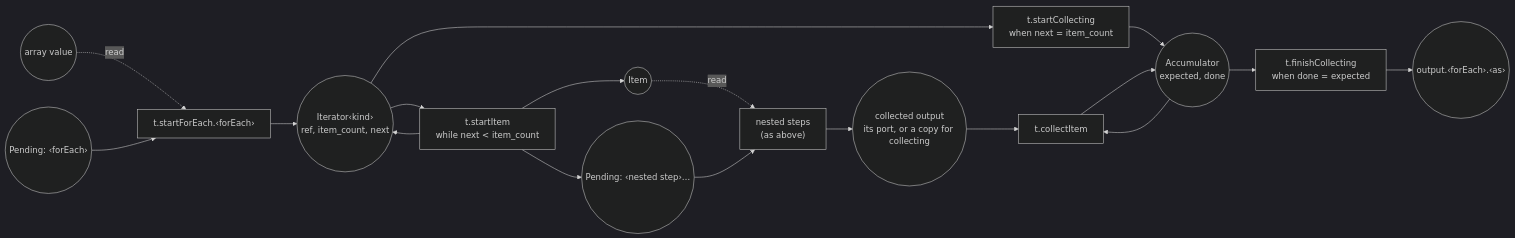
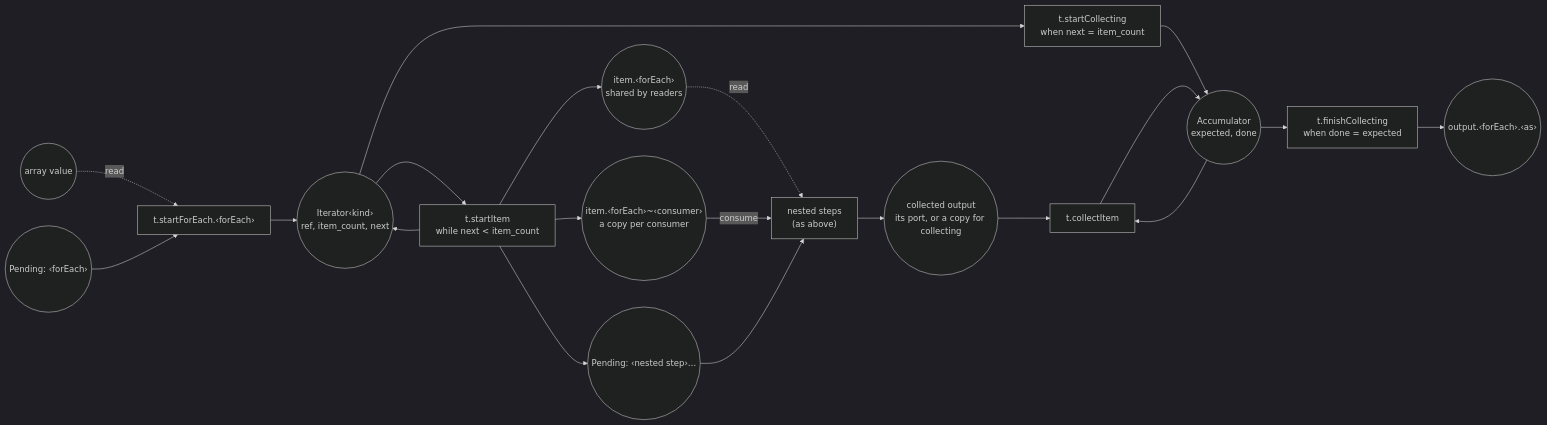
The third of 3 diagrams in libs/@local/flow-petri-net/README.md (hashintel/hash), drawn with Mermaid (dark theme) before and after one commit. The commit also changed other lines of this file and 6 other files, not shown here.

Commit message:
Give each step inside a for-each that consumes the item a copy of its own, as other values do, so two consumers don't race for one token

````diff
--- a/libs/@local/flow-petri-net/README.md
+++ b/libs/@local/flow-petri-net/README.md
@@ -88,20 +88,22 @@
 ```mermaid
 flowchart LR
   arrayPlace(("array value")) -. read .-> startForEach["t.startForEach.‹forEach›"]
   forEachPending(("Pending: ‹forEach›")) --> startForEach
   startForEach --> iterator(("Iterator‹kind›<br/>ref, item_count, next"))
   iterator --> startItem["t.startItem<br/>while next #lt; item_count"]
   startItem --> iterator
-  startItem --> item(("Item"))
+  startItem --> item(("item.‹forEach›<br/>shared by readers"))
+  startItem --> itemCopies(("item.‹forEach›~‹consumer›<br/>a copy per consumer"))
   startItem --> nestedPending(("Pending: ‹nested step›…"))
   iterator --> startCollecting["t.startCollecting<br/>when next = item_count"]
   startCollecting --> accumulator(("Accumulator<br/>expected, done"))
   item -. read .-> nested["nested steps<br/>(as above)"]
+  itemCopies -- consume --> nested
   nestedPending --> nested
   nested --> collected(("collected output<br/>its port, or a copy for collecting"))
   collected --> collectItem["t.collectItem"]
   accumulator --> collectItem
   collectItem --> accumulator
   accumulator --> finishCollecting["t.finishCollecting<br/>when done = expected"]
   finishCollecting --> forEachOutput(("output.‹forEach›.‹as›"))
 ```
````
